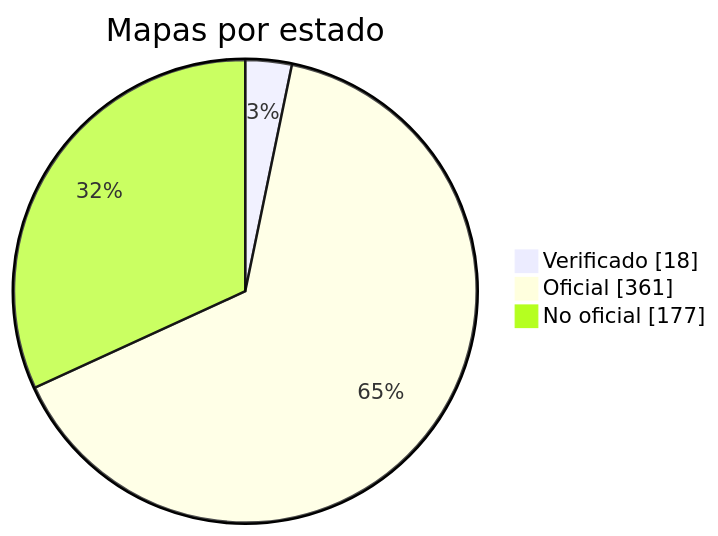
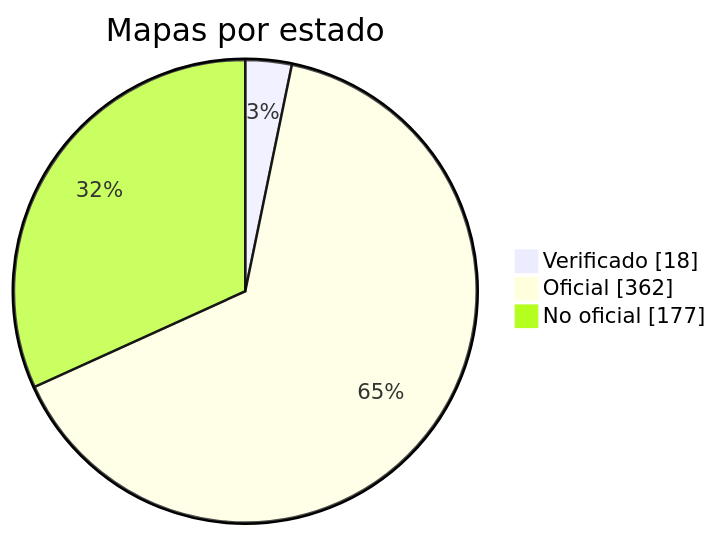
Before and after one commit to nobrega8/mbmap-library: the diagram in docs/readme/README_ES.md, drawn with Mermaid. The commit also changed 6 other files, not shown here.

````diff
--- a/docs/readme/README_ES.md
+++ b/docs/readme/README_ES.md
@@ -54,7 +54,7 @@
 ```mermaid
 pie showData
     title Mapas por estado
     "Verificado" : 18
-    "Oficial" : 361
+    "Oficial" : 362
     "No oficial" : 177
 ```
````
